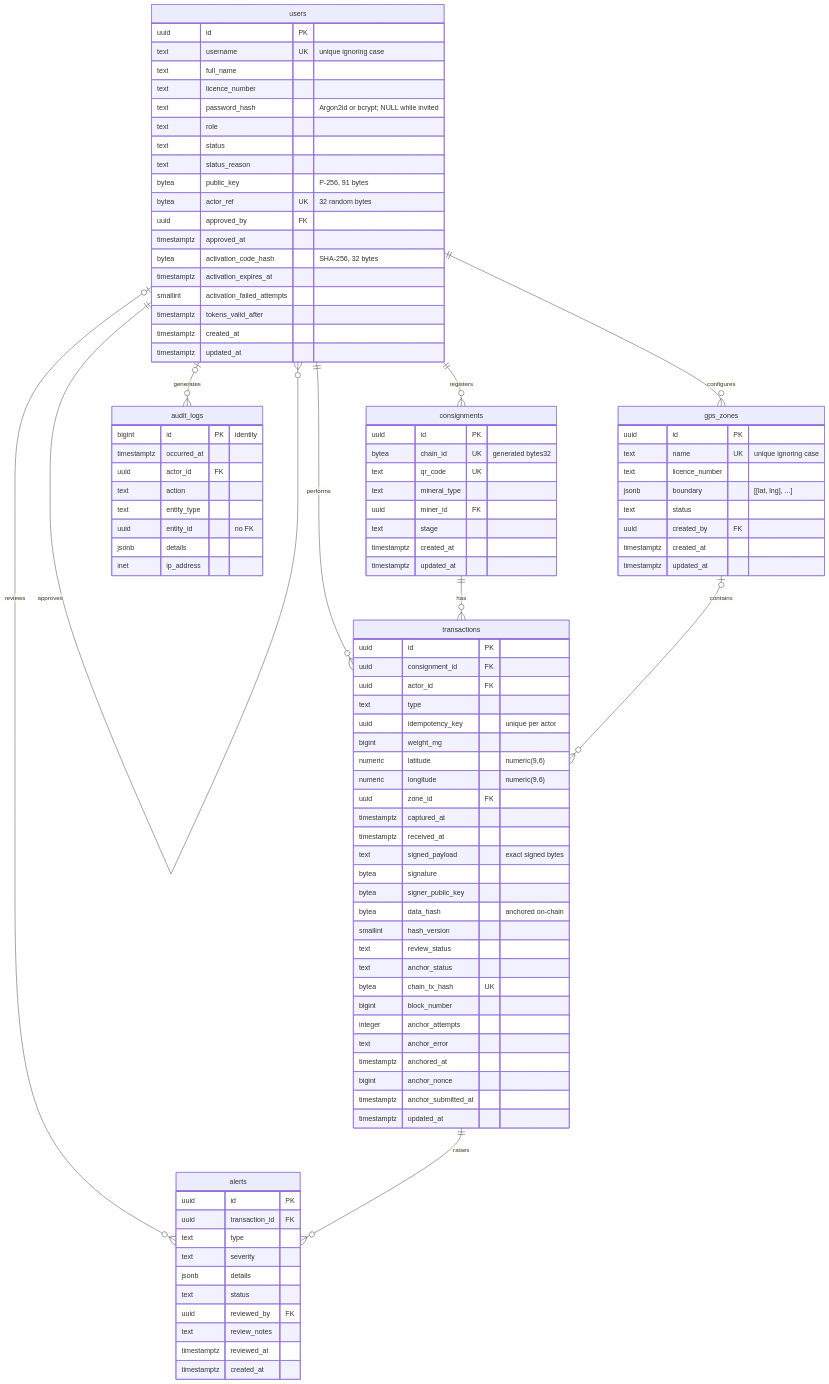
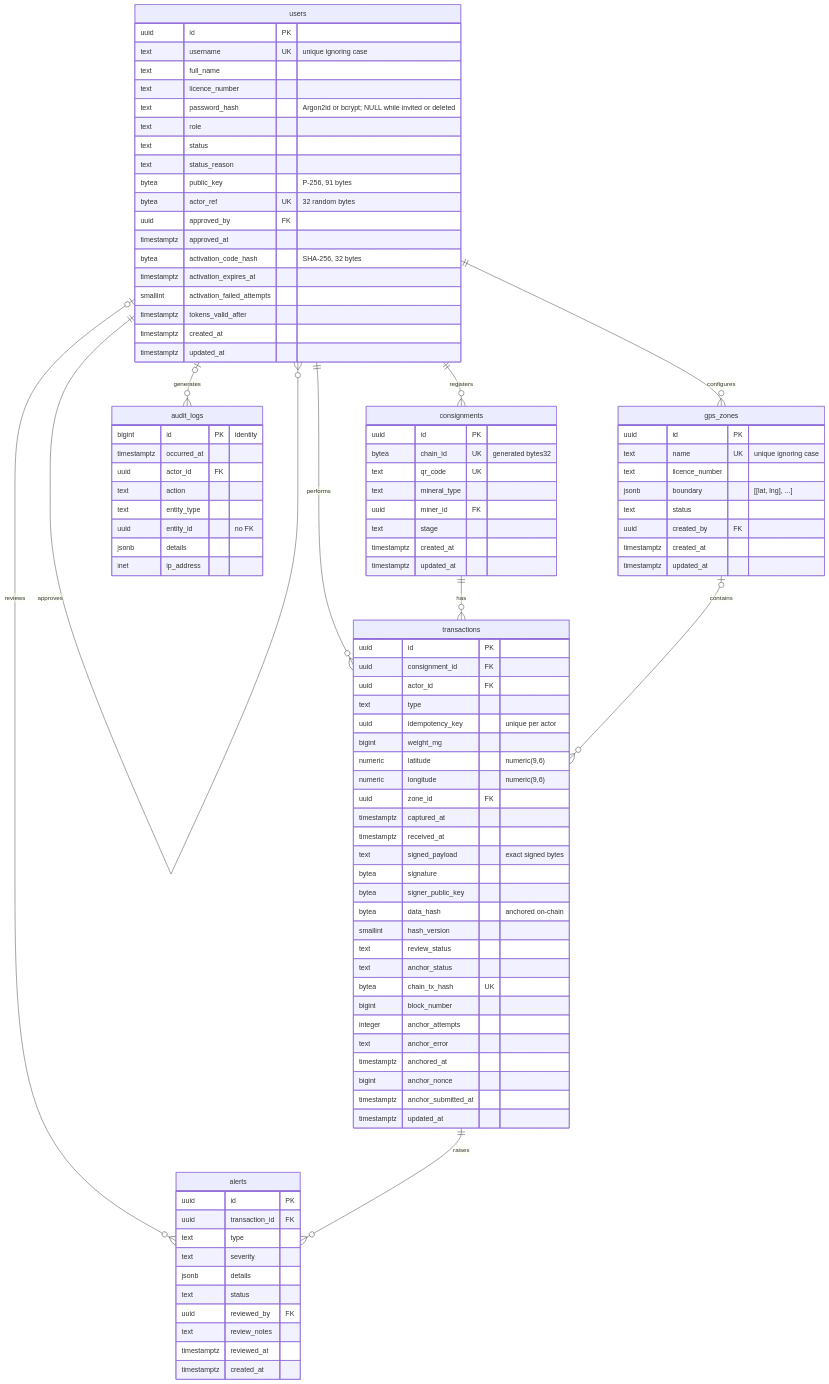
The diagram in docs/database-schema.md (KondwelaniTembo/minechain), drawn with Mermaid before and after one commit. The commit also changed other lines of this file and 3 other files, not shown here.

```diff
--- a/docs/database-schema.md
+++ b/docs/database-schema.md
@@ -39,7 +39,7 @@
     text username UK "unique ignoring case"
     text full_name
     text licence_number
-    text password_hash "Argon2id or bcrypt; NULL while invited"
+    text password_hash "Argon2id or bcrypt; NULL while invited or deleted"
     text role
     text status
     text status_reason
```
